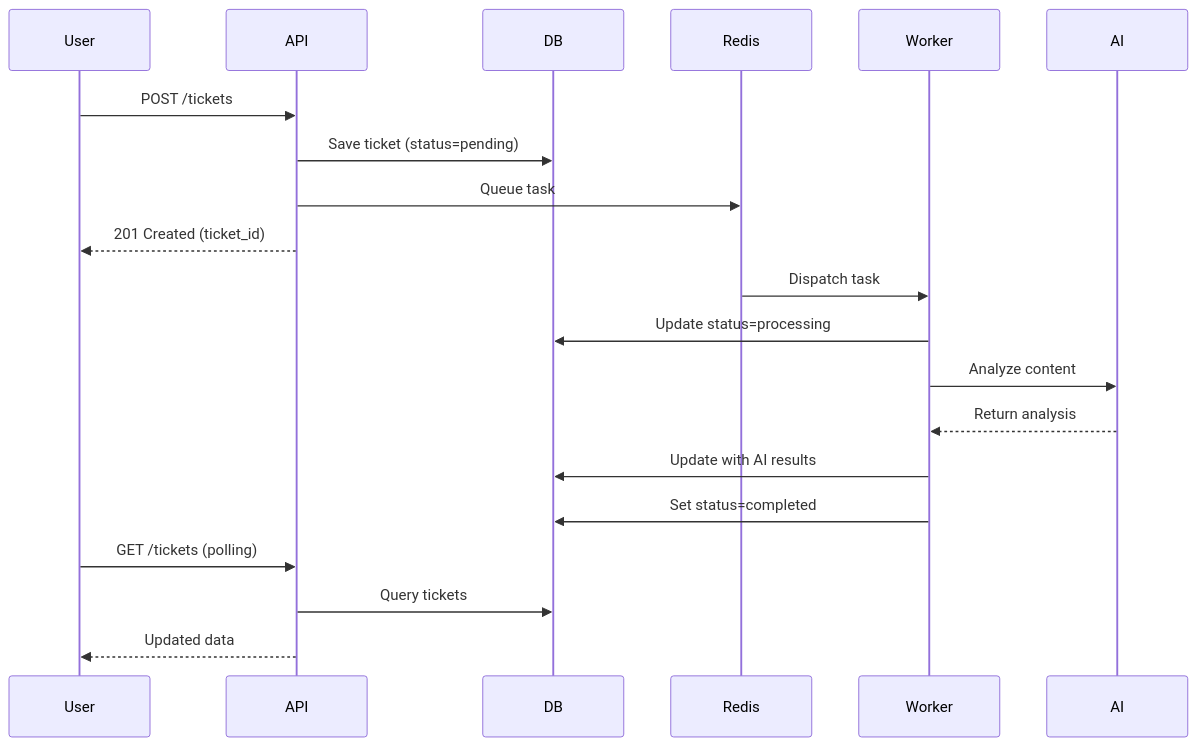
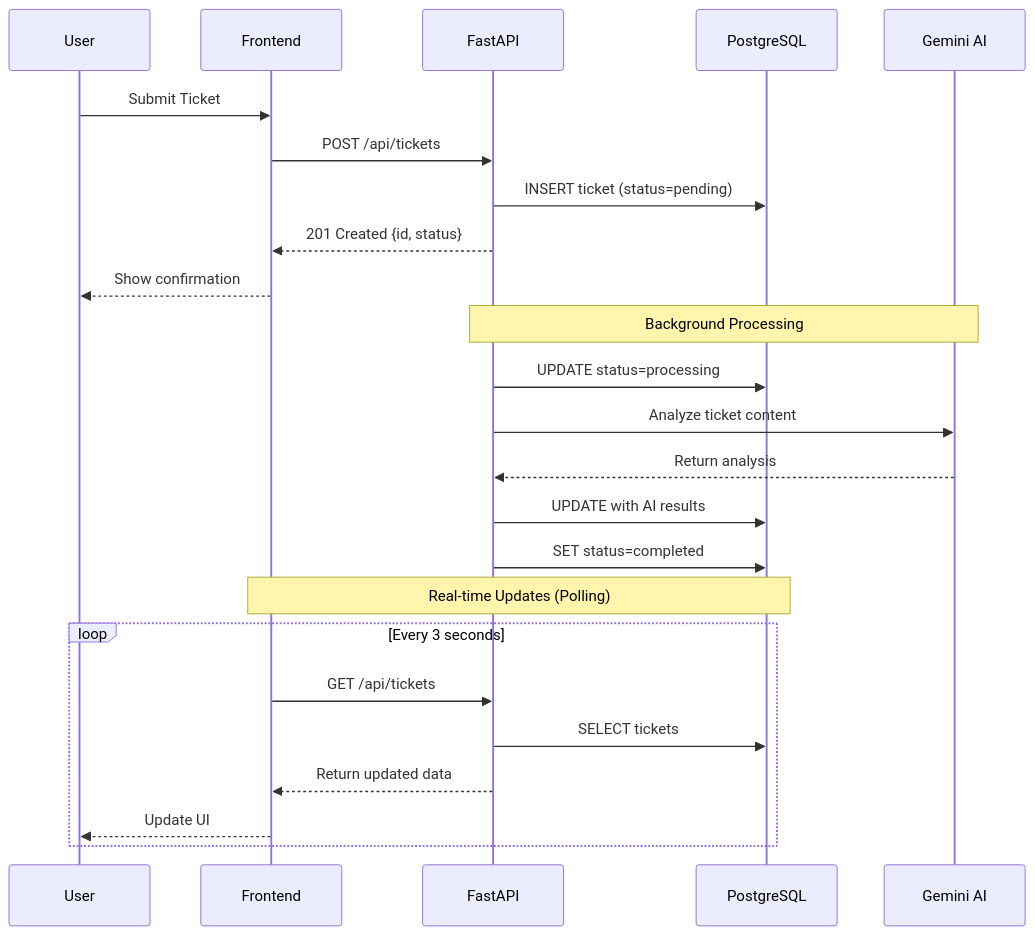
One commit to AdamChoudary/Ticket-Management-System changed the second of 2 diagrams in README.md. Above: the diagram before and after it, drawn with Mermaid. The commit also changed other lines of this file and 21 other files, not shown here.

````diff
--- a/README.md
+++ b/README.md
@@ -137,25 +85,29 @@
 ```mermaid
 sequenceDiagram
-    participant User
-    participant API
-    participant DB
-    participant Redis
-    participant Worker
-    participant AI
-
-    User->>API: POST /tickets
-    API->>DB: Save ticket (status=pending)
-    API->>Redis: Queue task
-    API-->>User: 201 Created (ticket_id)
+    participant U as User
+    participant FE as Frontend
+    participant API as FastAPI
+    participant DB as PostgreSQL
+    participant AI as Gemini AI
     
-    Redis->>Worker: Dispatch task
-    Worker->>DB: Update status=processing
-    Worker->>AI: Analyze content
-    AI-->>Worker: Return analysis
-    Worker->>DB: Update with AI results
-    Worker->>DB: Set status=completed
+    U->>FE: Submit Ticket
+    FE->>API: POST /api/tickets
+    API->>DB: INSERT ticket (status=pending)
+    API-->>FE: 201 Created {id, status}
+    FE-->>U: Show confirmation
     
-    User->>API: GET /tickets (polling)
-    API->>DB: Query tickets
-    API-->>User: Updated data
+    Note over API,AI: Background Processing
+    API->>DB: UPDATE status=processing
+    API->>AI: Analyze ticket content
+    AI-->>API: Return analysis
+    API->>DB: UPDATE with AI results
+    API->>DB: SET status=completed
+    
+    Note over FE,DB: Real-time Updates (Polling)
+    loop Every 3 seconds
+        FE->>API: GET /api/tickets
+        API->>DB: SELECT tickets
+        API-->>FE: Return updated data
+        FE-->>U: Update UI
+    end
 ```
````
